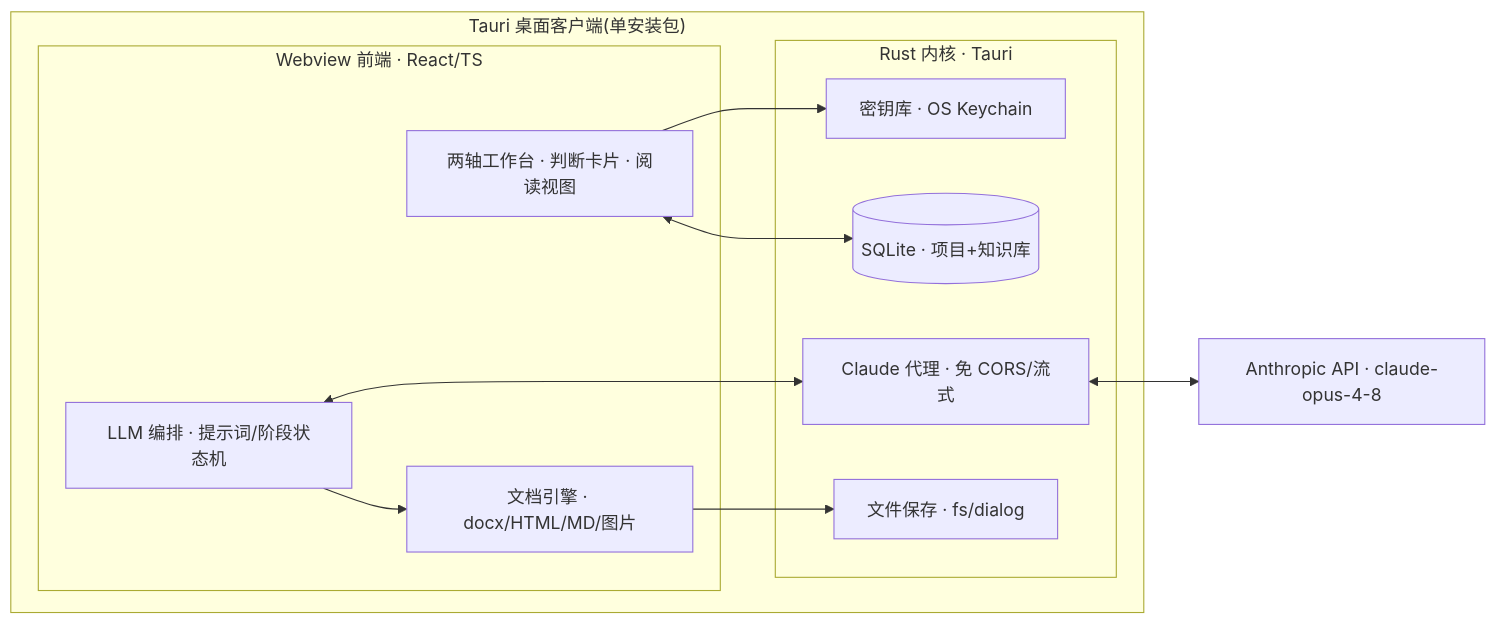
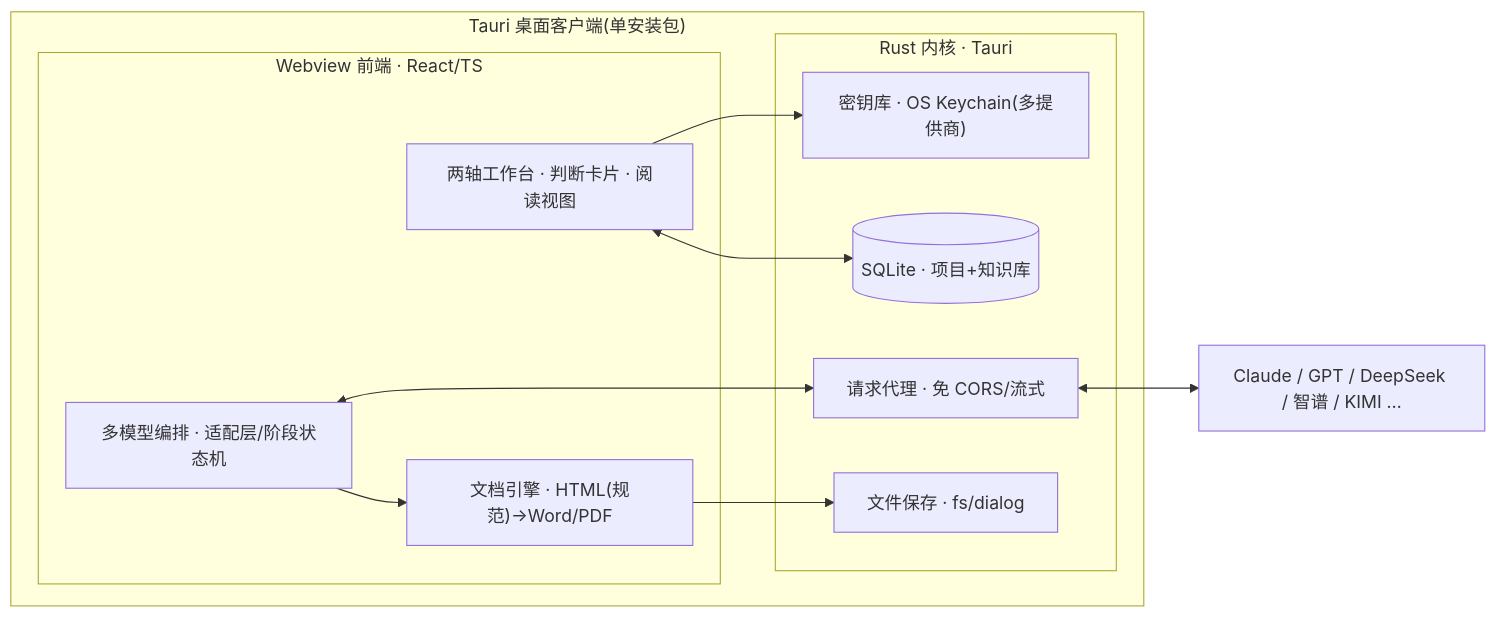
The diagram in docs/开发方案.md (haodahzi/Strategic-Analysis-Workspace), drawn with Mermaid before and after one commit. The commit also changed other lines of this file and 2 other files, not shown here.

First line of the commit message:
docs: 多模型适配 + HTML 规范格式导出 + 参考样例入库

````diff
--- a/docs/开发方案.md
+++ b/docs/开发方案.md
@@ -45,24 +45,24 @@
 ```mermaid
 flowchart LR
   subgraph App["Tauri 桌面客户端(单安装包)"]
     subgraph WV["Webview 前端 · React/TS"]
       UI["两轴工作台 · 判断卡片 · 阅读视图"]
-      ORCH["LLM 编排 · 提示词/阶段状态机"]
-      DOC["文档引擎 · docx/HTML/MD/图片"]
+      ORCH["多模型编排 · 适配层/阶段状态机"]
+      DOC["文档引擎 · HTML(规范)→Word/PDF"]
     end
     subgraph RS["Rust 内核 · Tauri"]
-      VAULT["密钥库 · OS Keychain"]
-      HTTP["Claude 代理 · 免 CORS/流式"]
+      VAULT["密钥库 · OS Keychain(多提供商)"]
+      HTTP["请求代理 · 免 CORS/流式"]
       SQL[("SQLite · 项目+知识库")]
       FS["文件保存 · fs/dialog"]
     end
   end
-  API["Anthropic API · claude-opus-4-8"]
+  API["Claude / GPT / DeepSeek / 智谱 / KIMI …"]
 
   ORCH <--> HTTP
   HTTP <--> API
   UI --> VAULT
   ORCH --> DOC
   DOC --> FS
   UI <--> SQL
 ```
````
